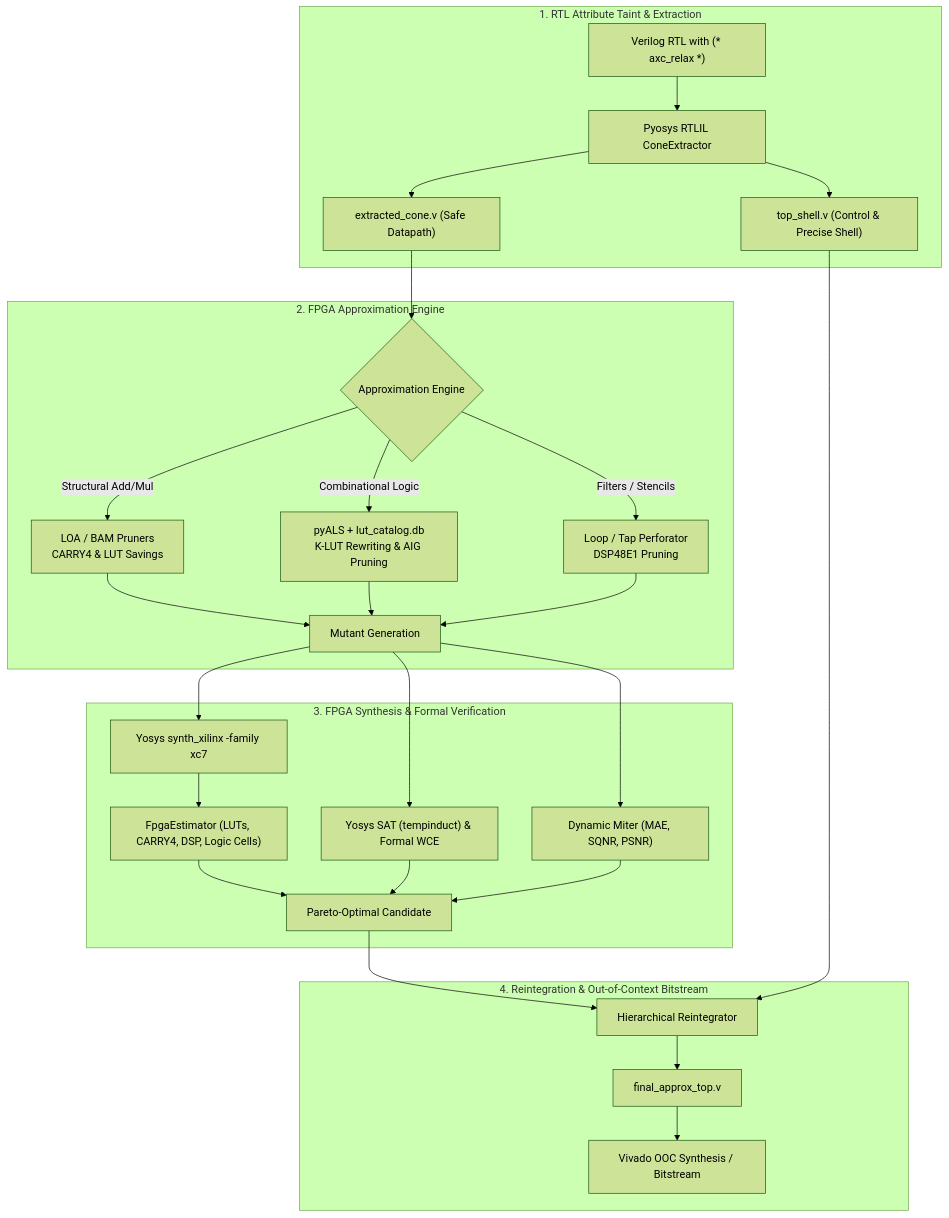
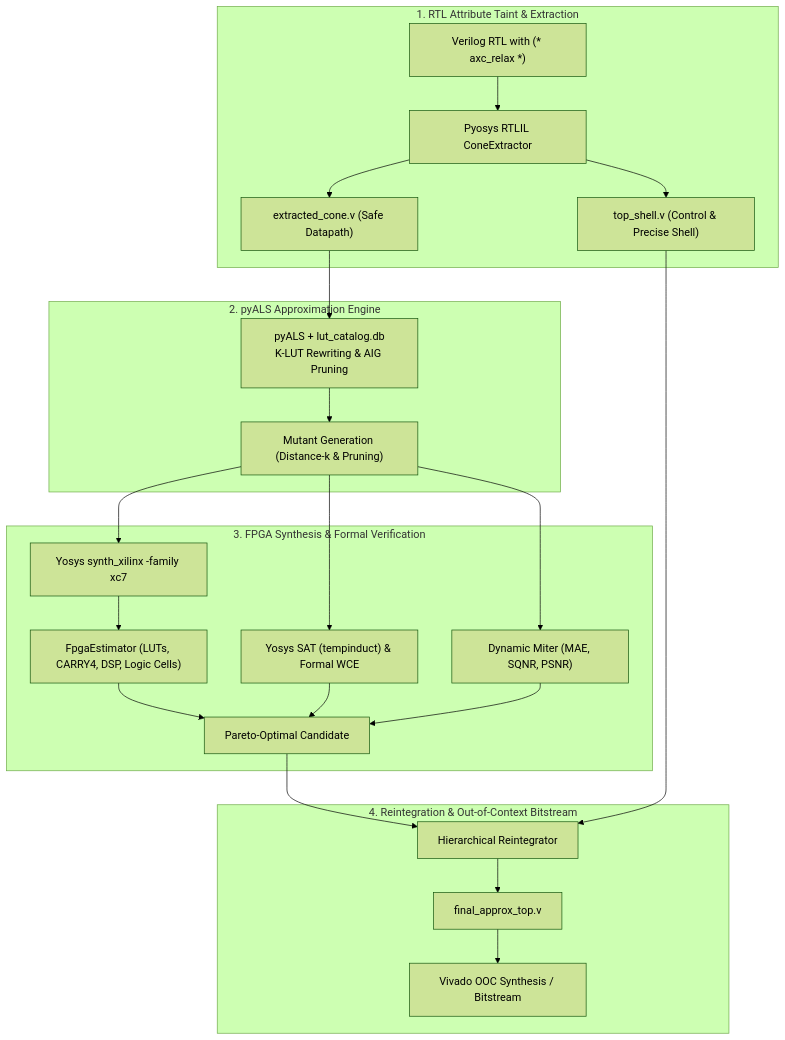
The diagram in .agent/skills/axc-fpga-flow/SKILL.md (cntoumas/AxFPGA), drawn with Mermaid (forest theme) before and after one commit. The commit also changed other lines of this file and 23 other files, not shown here.

Commit message:
refactor(axfpga): remove BAM and LOA; configure framework strictly for pyALS engine

````diff
--- a/.agent/skills/axc-fpga-flow/SKILL.md
+++ b/.agent/skills/axc-fpga-flow/SKILL.md
@@ -85,30 +77,27 @@
 ```mermaid
 flowchart TD
     subgraph S1["1. RTL Attribute Taint & Extraction"]
         RTL["Verilog RTL with (* axc_relax *)"] --> ConeExt["Pyosys RTLIL ConeExtractor"]
         ConeExt --> SafeCone["extracted_cone.v (Safe Datapath)"]
         ConeExt --> Shell["top_shell.v (Control & Precise Shell)"]
     end
 
-    subgraph S2["2. FPGA Approximation Engine"]
-        SafeCone --> EngineSelector{"Approximation Engine"}
-        EngineSelector -->|Structural Add/Mul| Arith["LOA / BAM Pruners<br/>CARRY4 & LUT Savings"]
-        EngineSelector -->|Combinational Logic| pyALS["pyALS + lut_catalog.db<br/>K-LUT Rewriting & AIG Pruning"]
-        EngineSelector -->|Filters / Stencils| Perf["Loop / Tap Perforator<br/>DSP48E1 Pruning"]
-        Arith & pyALS & Perf --> Candidates["Mutant Generation"]
+    subgraph S2["2. pyALS Approximation Engine"]
+        SafeCone --> pyALS["pyALS + lut_catalog.db<br/>K-LUT Rewriting & AIG Pruning"]
+        pyALS --> Candidates["Mutant Generation (Distance-k & Pruning)"]
     end
 
     subgraph S3["3. FPGA Synthesis & Formal Verification"]
         Candidates --> FPGASynth["Yosys synth_xilinx -family xc7"]
         FPGASynth --> Est["FpgaEstimator (LUTs, CARRY4, DSP, Logic Cells)"]
         Candidates --> SAT["Yosys SAT (tempinduct) & Formal WCE"]
         Candidates --> Miter["Dynamic Miter (MAE, SQNR, PSNR)"]
         Est & SAT & Miter --> Winner["Pareto-Optimal Candidate"]
     end
 
     subgraph S4["4. Reintegration & Out-of-Context Bitstream"]
         Winner & Shell --> Reint["Hierarchical Reintegrator"]
         Reint --> FinalTop["final_approx_top.v"]
         FinalTop --> Vivado["Vivado OOC Synthesis / Bitstream"]
     end
 ```
````
